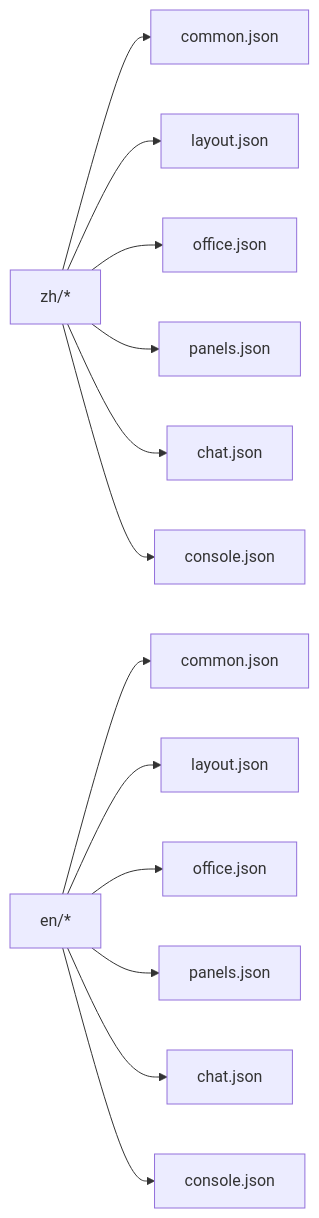
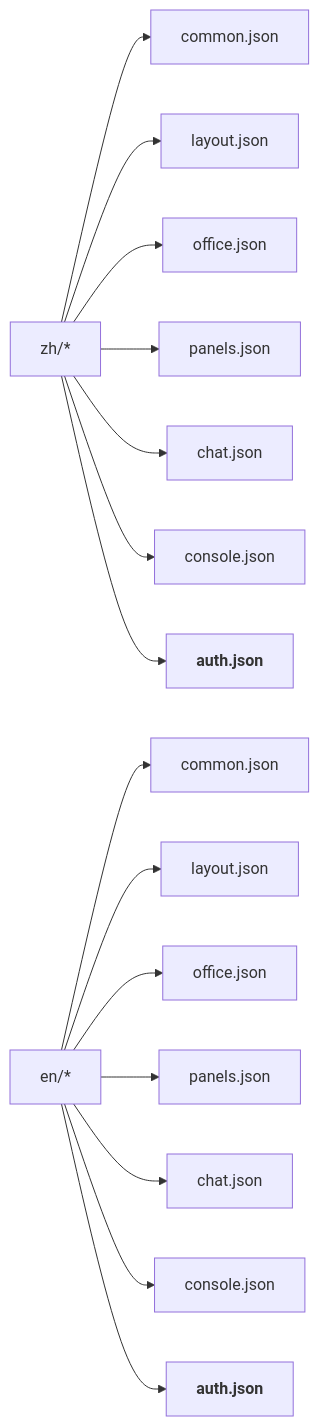
One commit to WW-AI-Lab/openclaw-office changed the fourth of 6 diagrams in .qoder/repowiki/zh/content/国际化系统.md. Above: the diagram before and after it, drawn with Mermaid. The commit also changed other lines of this file and 9 other files, not shown here.

````diff
--- a/.qoder/repowiki/zh/content/国际化系统.md
+++ b/.qoder/repowiki/zh/content/国际化系统.md
@@ -169,15 +198,17 @@
 ```mermaid
 graph LR
 ZH["zh/*"] --> COMMON_ZH["common.json"]
 ZH --> LAYOUT_ZH["layout.json"]
 ZH --> OFFICE_ZH["office.json"]
 ZH --> PANELS_ZH["panels.json"]
 ZH --> CHAT_ZH["chat.json"]
 ZH --> CONSOLE_ZH["console.json"]
+ZH --> AUTH_ZH["<b>auth.json</b>"]
 EN["en/*"] --> COMMON_EN["common.json"]
 EN --> LAYOUT_EN["layout.json"]
 EN --> OFFICE_EN["office.json"]
 EN --> PANELS_EN["panels.json"]
 EN --> CHAT_EN["chat.json"]
 EN --> CONSOLE_EN["console.json"]
+EN --> AUTH_EN["<b>auth.json</b>"]
 ```
````
